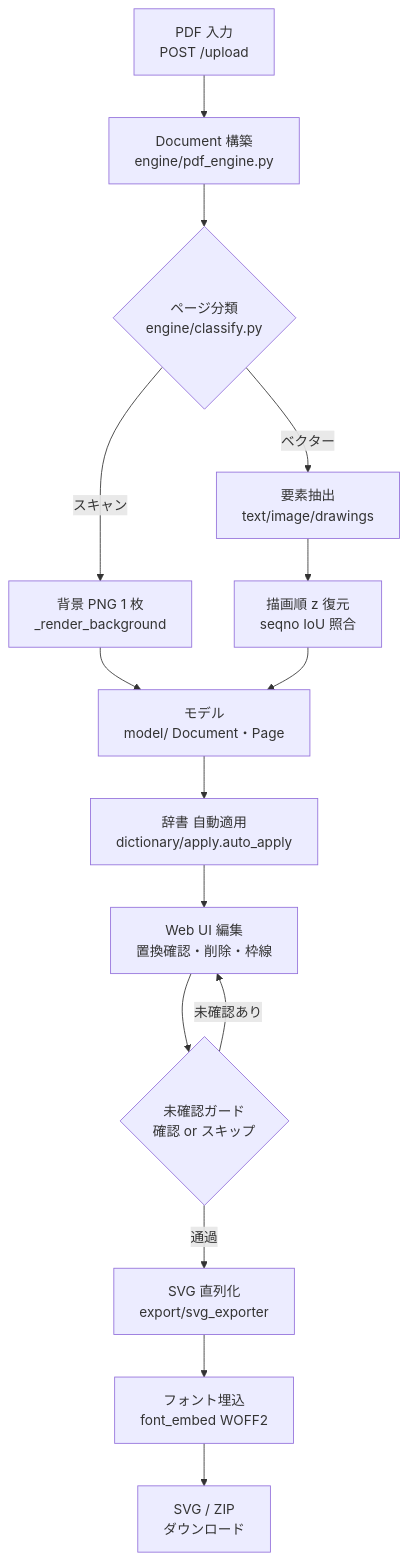
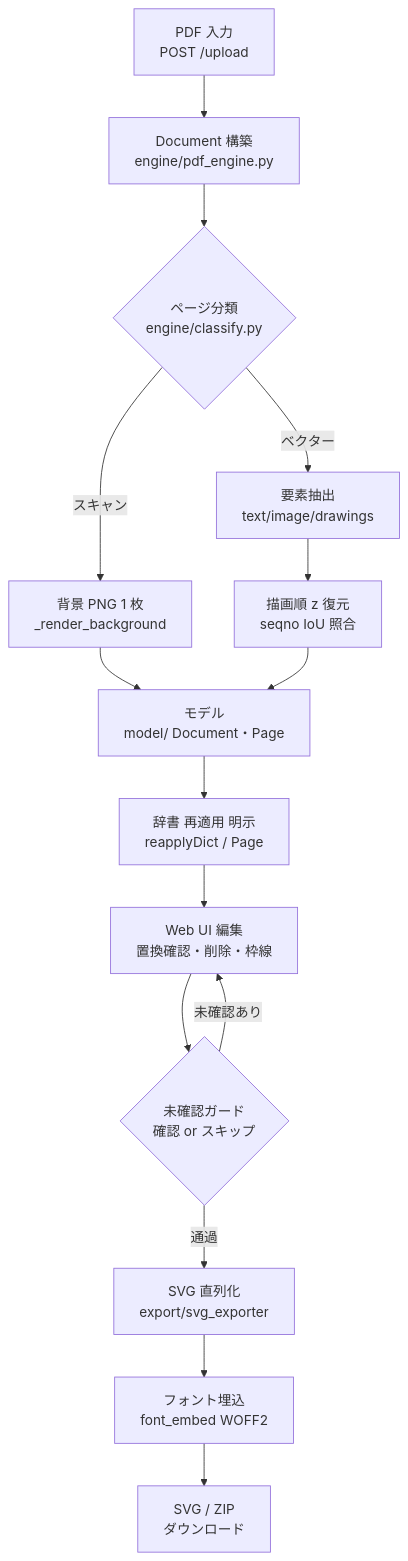
The first of 4 diagrams in docs/pdf-to-svg/src/設計書.md (koichi-araki-0801/workspace), drawn with Mermaid before and after one commit. The commit also changed other lines of this file and 27 other files, not shown here.

````diff
--- a/docs/pdf-to-svg/src/設計書.md
+++ b/docs/pdf-to-svg/src/設計書.md
@@ -87,17 +50,17 @@
 ```mermaid
 flowchart TD
   IN["PDF 入力<br/>POST /upload"] --> LOAD["Document 構築<br/>engine/pdf_engine.py"]
   LOAD --> CLS{"ページ分類<br/>engine/classify.py"}
   CLS -->|"スキャン"| BG["背景 PNG 1 枚<br/>_render_background"]
   CLS -->|"ベクター"| EXT["要素抽出<br/>text/image/drawings"]
   EXT --> Z["描画順 z 復元<br/>seqno IoU 照合"]
   BG --> DOC["モデル<br/>model/ Document・Page"]
   Z --> DOC
-  DOC --> DICT["辞書 自動適用<br/>dictionary/apply.auto_apply"]
+  DOC --> DICT["辞書 再適用 明示<br/>reapplyDict / Page"]
   DICT --> UI["Web UI 編集<br/>置換確認・削除・枠線"]
   UI --> GUARD{"未確認ガード<br/>確認 or スキップ"}
   GUARD -->|"未確認あり"| UI
   GUARD -->|"通過"| EXP["SVG 直列化<br/>export/svg_exporter"]
   EXP --> FONT["フォント埋込<br/>font_embed WOFF2"]
   FONT --> OUT["SVG / ZIP<br/>ダウンロード"]
 ```
````
